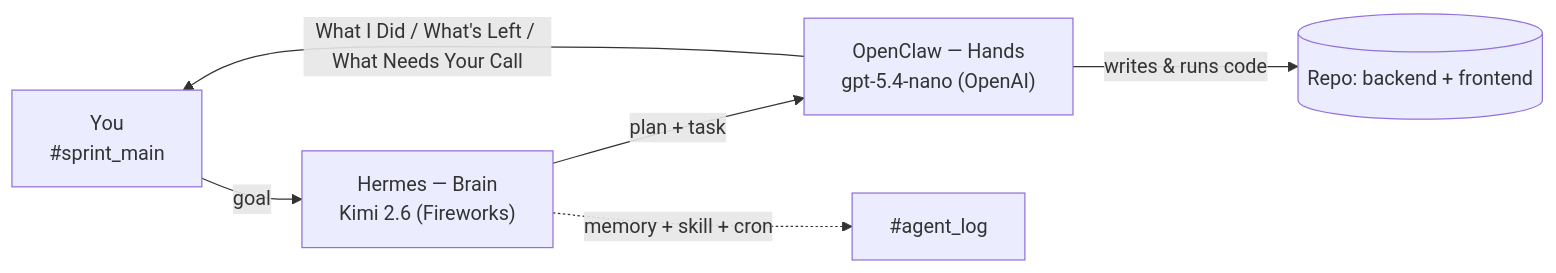
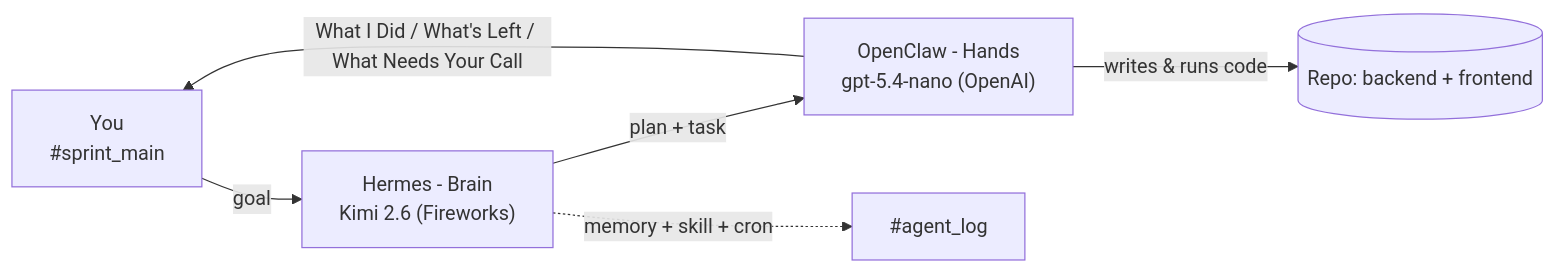
One commit to chiruu12/forge2-qualifier-chirag changed the diagram in ARCHITECTURE.md. Above: the diagram before and after it, drawn with Mermaid. The commit also changed other lines of this file and 2 other files, not shown here.

````diff
--- a/ARCHITECTURE.md
+++ b/ARCHITECTURE.md
@@ -5,8 +5,8 @@
 ```mermaid
 flowchart LR
-    H["You<br/>#sprint_main"] -->|goal| B["Hermes — Brain<br/>Kimi 2.6 (Fireworks)"]
-    B -->|plan + task| C["OpenClaw — Hands<br/>gpt-5.4-nano (OpenAI)"]
+    H["You<br/>#sprint_main"] -->|goal| B["Hermes - Brain<br/>Kimi 2.6 (Fireworks)"]
+    B -->|plan + task| C["OpenClaw - Hands<br/>gpt-5.4-nano (OpenAI)"]
     C -->|writes & runs code| Repo[("Repo: backend + frontend")]
     C -->|What I Did / What's Left / What Needs Your Call| H
     B -. "memory + skill + cron" .-> Log["#agent_log"]
 ```
````
